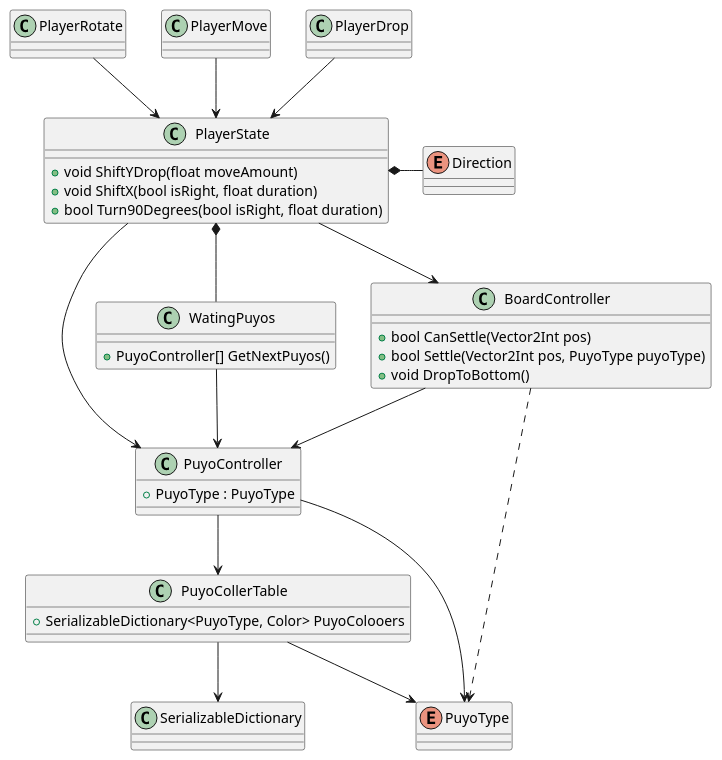
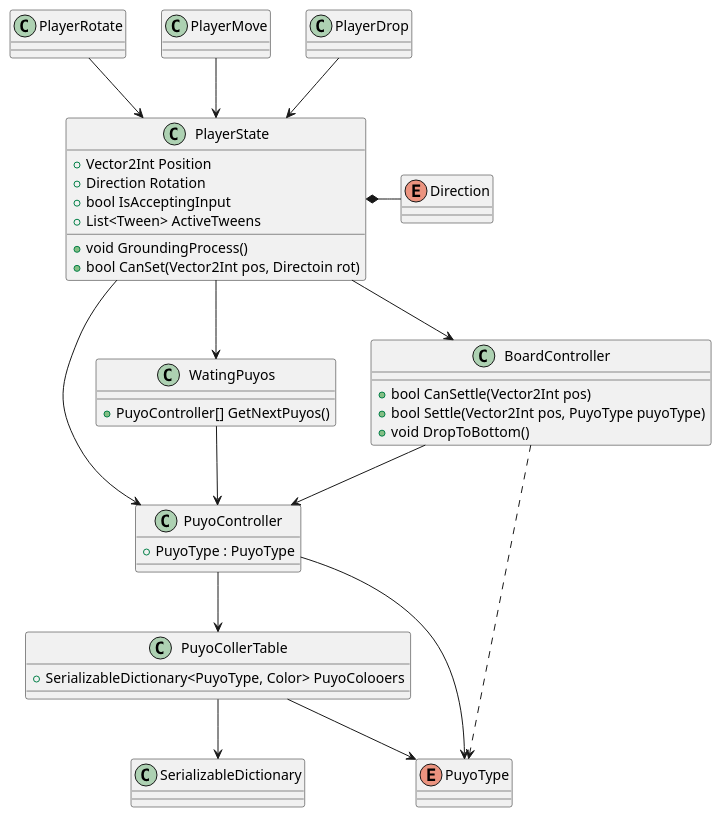
The diagram in puyopuyo.pu (snnn30/UniteBlocks), drawn with PlantUML before and after one commit. The commit also changed 4 other files, not shown here.

```diff
--- a/puyopuyo.pu
+++ b/puyopuyo.pu
@@ -1,47 +1,50 @@
 @startuml hoge
 class BoardController{
     +bool CanSettle(Vector2Int pos) 
     +bool Settle(Vector2Int pos, PuyoType puyoType)
     +void DropToBottom()
 }
 class PuyoController{
     +PuyoType : PuyoType
 }
 class PuyoCollerTable{
     +SerializableDictionary<PuyoType, Color> PuyoColooers
 }
 class SerializableDictionary
 enum PuyoType
 
 class PlayerRotate
 class PlayerMove
 class PlayerDrop
 class PlayerState{
-    +void ShiftYDrop(float moveAmount)
-    +void ShiftX(bool isRight, float duration)
-    +bool Turn90Degrees(bool isRight, float duration)
+    +Vector2Int Position
+    +Direction Rotation    
+    +bool IsAcceptingInput
+    +List<Tween> ActiveTweens
+    +void GroundingProcess()
+    +bool CanSet(Vector2Int pos, Directoin rot)
 }
 enum Direction
 class WatingPuyos{
     +PuyoController[] GetNextPuyos()
 }
 
 BoardController --> PuyoController
 BoardController ..> PuyoType
 PuyoController --> PuyoCollerTable
 PuyoController --> PuyoType
 PuyoCollerTable --> SerializableDictionary
 PuyoCollerTable --> PuyoType
 
 PlayerDrop --> PlayerState
 PlayerRotate --> PlayerState
 PlayerMove --> PlayerState
 
 PlayerState --> PuyoController
 PlayerState --> BoardController
 PlayerState *- Direction
-PlayerState *-- WatingPuyos
+PlayerState --> WatingPuyos
 WatingPuyos --> PuyoController
 
 
 @enduml
```
